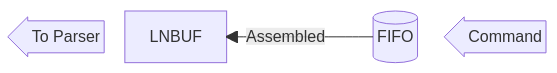
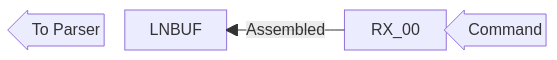
Before and after one commit to Nakakiyo092/canable2kai: the second of 8 diagrams in doc/7.-Buffer-Strategy.md, drawn with Mermaid. The commit also changed other lines of this file and 1 other file, not shown here.

````diff
--- a/doc/7.-Buffer-Strategy.md
+++ b/doc/7.-Buffer-Strategy.md
@@ -23,8 +23,8 @@
 ```mermaid
 block
   columns 5
 
-  blockArrowId2<["To Parser"]>(left)  LNBUF  space  RX_00[("FIFO")]  blockArrowId1<["Command"]>(left)
+  blockArrowId2<["To Parser"]>(left)  LNBUF  space  RX_00  blockArrowId1<["Command"]>(left)
 
   RX_00 -- "Assembled" --> LNBUF
 ```
````
